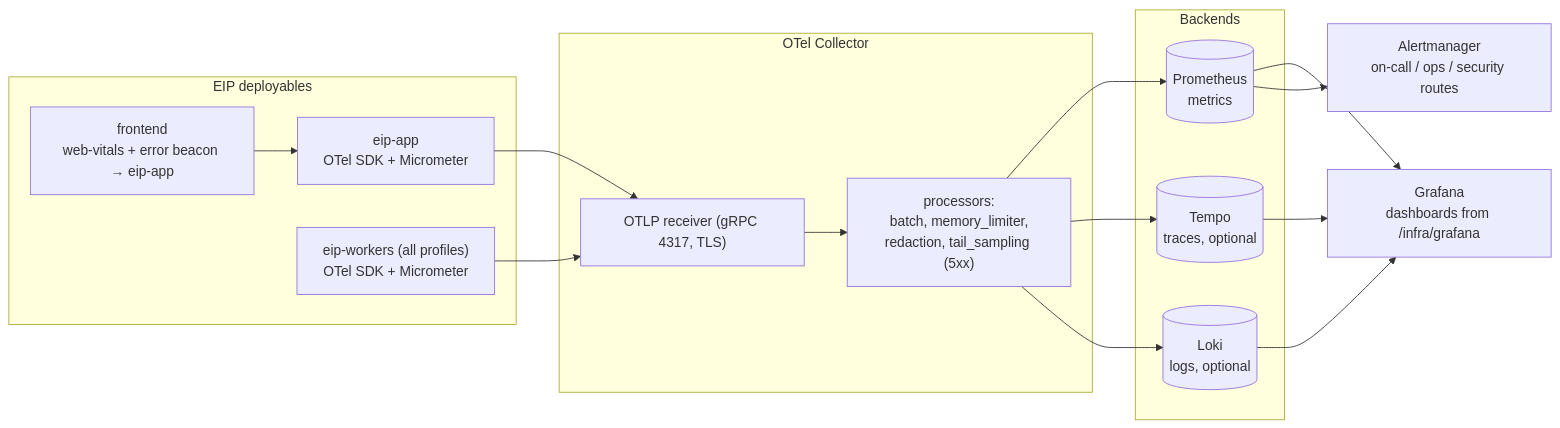
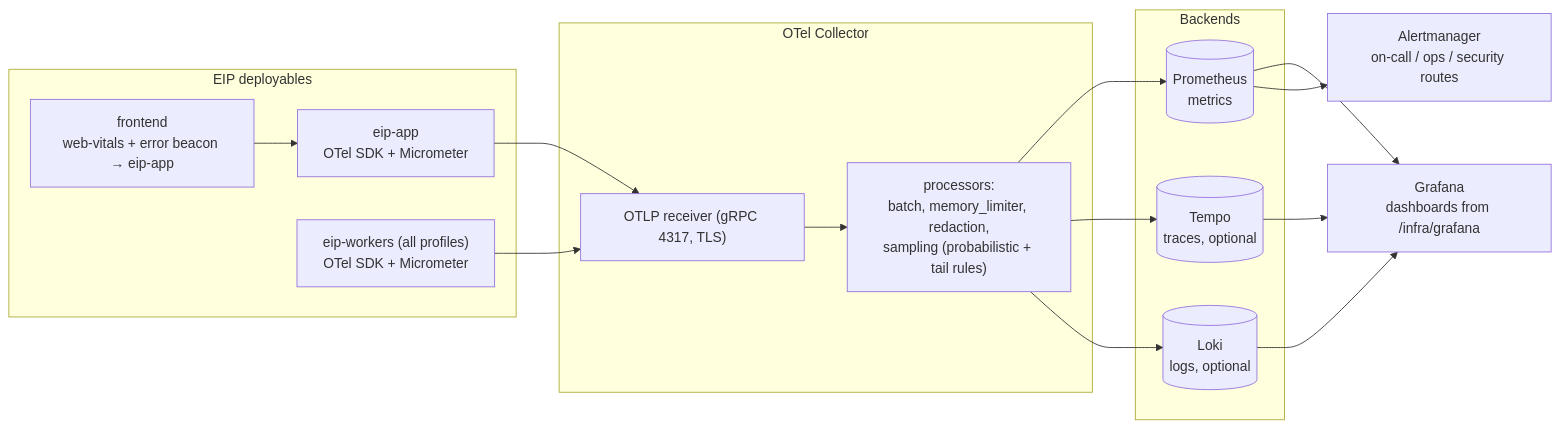
Before and after one commit to aliemrahpekesen/eKingProducitivtyMeter: the first of 2 diagrams in docs/architecture/ObservabilityModel.md, drawn with Mermaid. The commit also changed other lines of this file and 81 other files, not shown here.

````diff
--- a/docs/architecture/ObservabilityModel.md
+++ b/docs/architecture/ObservabilityModel.md
@@ -19,26 +19,26 @@
 ```mermaid
 flowchart LR
     subgraph SRC["EIP deployables"]
         APP["eip-app<br/>OTel SDK + Micrometer"]
         WK["eip-workers (all profiles)<br/>OTel SDK + Micrometer"]
         FE["frontend<br/>web-vitals + error beacon → eip-app"]
     end
     subgraph COL["OTel Collector"]
         RCV["OTLP receiver (gRPC 4317, TLS)"]
-        PROC["processors:<br/>batch, memory_limiter,<br/>redaction, tail_sampling (5xx)"]
+        PROC["processors:<br/>batch, memory_limiter, redaction,<br/>sampling (probabilistic + tail rules)"]
     end
     subgraph BACK["Backends"]
         PROM[("Prometheus<br/>metrics")]
         TEMPO[("Tempo<br/>traces, optional")]
         LOKI[("Loki<br/>logs, optional")]
     end
     GRAF["Grafana<br/>dashboards from /infra/grafana"]
     AM["Alertmanager<br/>on-call / ops / security routes"]
     APP & WK --> RCV
     FE --> APP
     RCV --> PROC
     PROC --> PROM & TEMPO & LOKI
     PROM --> GRAF & AM
     TEMPO --> GRAF
     LOKI --> GRAF
 ```
````
